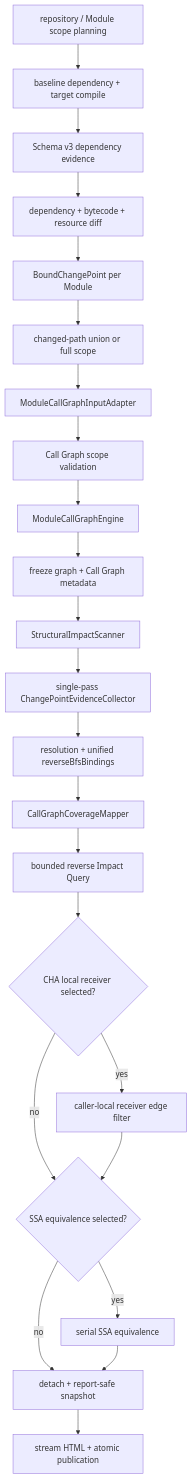
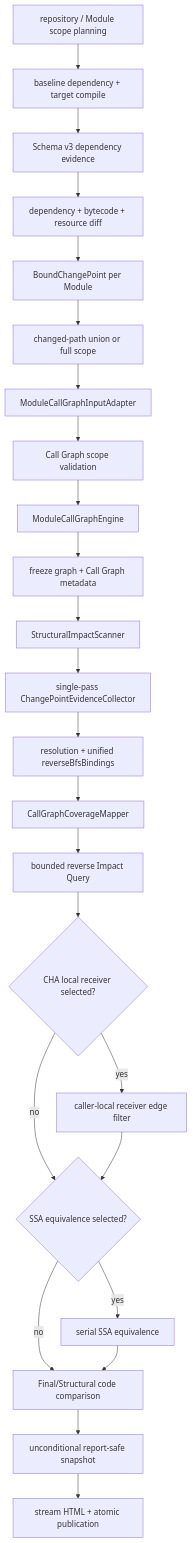
One commit to ymyii/change-impact-analyze changed the second of 2 diagrams in wiki/architecture/dependency-analysis-pipelines.md. Above: the diagram before and after it, drawn with Mermaid. The commit also changed other lines of this file and 38 other files, not shown here.

````diff
--- a/wiki/architecture/dependency-analysis-pipelines.md
+++ b/wiki/architecture/dependency-analysis-pipelines.md
@@ -85,25 +85,26 @@
 ```mermaid
 flowchart TD
   Scope["repository / Module scope planning"] --> Prepare["baseline dependency + target compile"]
   Prepare --> Evidence["Schema v3 dependency evidence"]
   Evidence --> Diff["dependency + bytecode + resource diff"]
   Diff --> Bind["BoundChangePoint per Module"]
   Bind --> PathPlan["changed-path union or full scope"]
   PathPlan --> Input["ModuleCallGraphInputAdapter"]
   Input --> Validate["Call Graph scope validation"]
   Validate --> Build["ModuleCallGraphEngine"]
   Build --> Metadata["freeze graph + Call Graph metadata"]
   Metadata --> Structural["StructuralImpactScanner"]
   Structural --> Collector["single-pass ChangePointEvidenceCollector"]
   Collector --> Binding["resolution + unified reverseBfsBindings"]
   Binding --> Coverage["CallGraphCoverageMapper"]
   Coverage --> Query["bounded reverse Impact Query"]
   Query --> Local{"CHA local receiver selected?"}
   Local -->|yes| ChaRefine["caller-local receiver edge filter"]
   Local -->|no| SSAChoice{"SSA equivalence selected?"}
   ChaRefine --> SSAChoice
   SSAChoice -->|yes| SSA["serial SSA equivalence"]
-  SSAChoice -->|no| Spill["detach + report-safe snapshot"]
-  SSA --> Spill
-  Spill --> Report["stream HTML + atomic publication"]
+  SSAChoice -->|no| Compare["Final/Structural code comparison"]
+  SSA --> Compare
+  Compare --> Snapshot["unconditional report-safe snapshot"]
+  Snapshot --> Report["stream HTML + atomic publication"]
 ```
````
